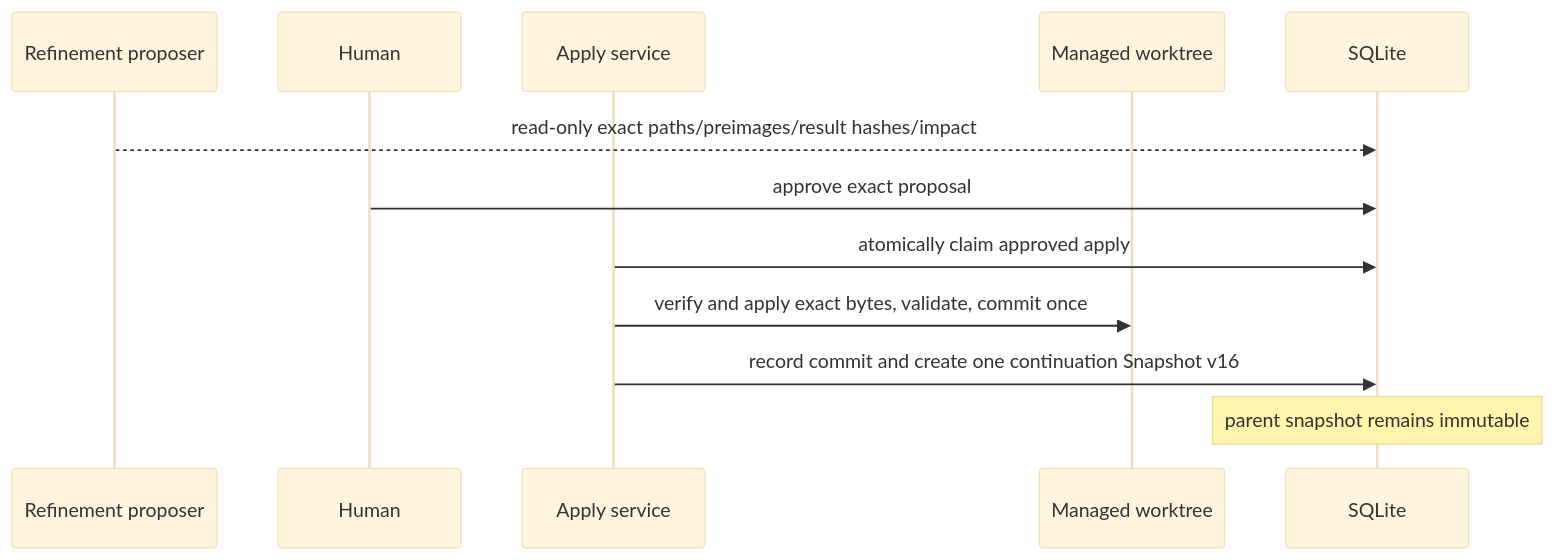
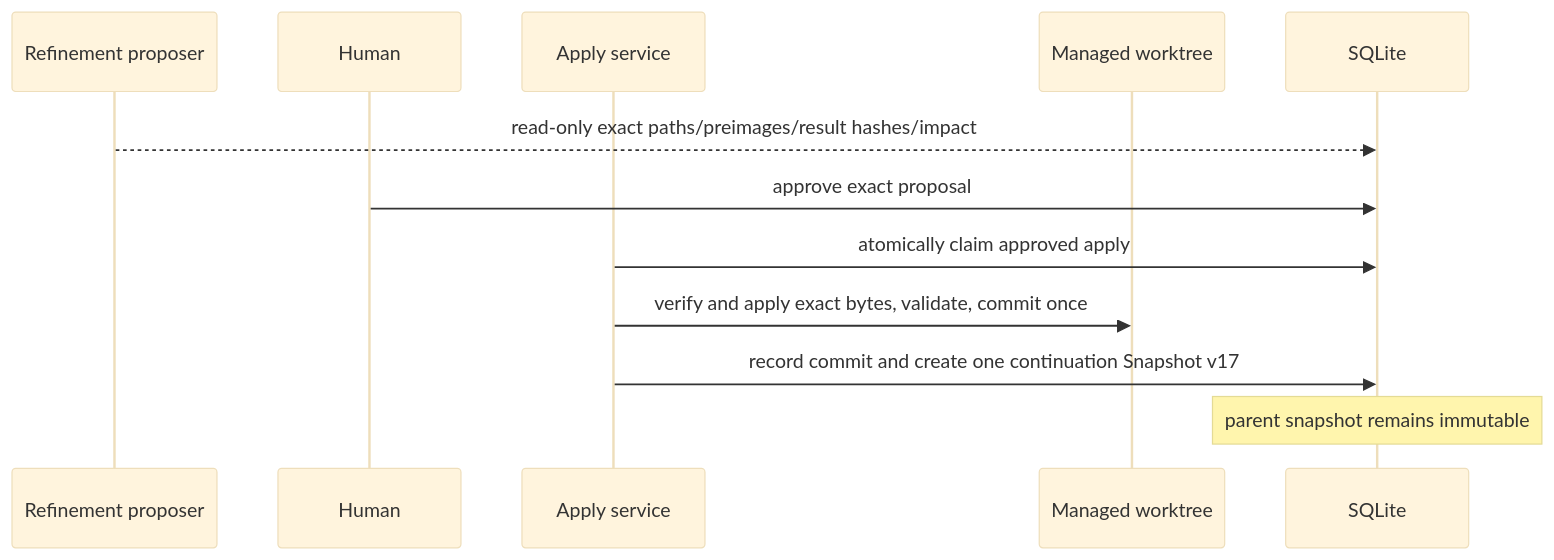
One commit to isinisalo/ballet changed the sixth of 6 diagrams in ARCHITECTURE.md. Above: the diagram before and after it, drawn with Mermaid (base theme). The commit also changed other lines of this file and 57 other files, not shown here.

````diff
--- a/ARCHITECTURE.md
+++ b/ARCHITECTURE.md
@@ -143,14 +143,14 @@
 ```mermaid
 sequenceDiagram
   participant P as Refinement proposer
   participant H as Human
   participant A as Apply service
   participant G as Managed worktree
   participant DB as SQLite
   P-->>DB: read-only exact paths/preimages/result hashes/impact
   H->>DB: approve exact proposal
   A->>DB: atomically claim approved apply
   A->>G: verify and apply exact bytes, validate, commit once
-  A->>DB: record commit and create one continuation Snapshot v16
+  A->>DB: record commit and create one continuation Snapshot v17
   Note over DB: parent snapshot remains immutable
 ```
````
